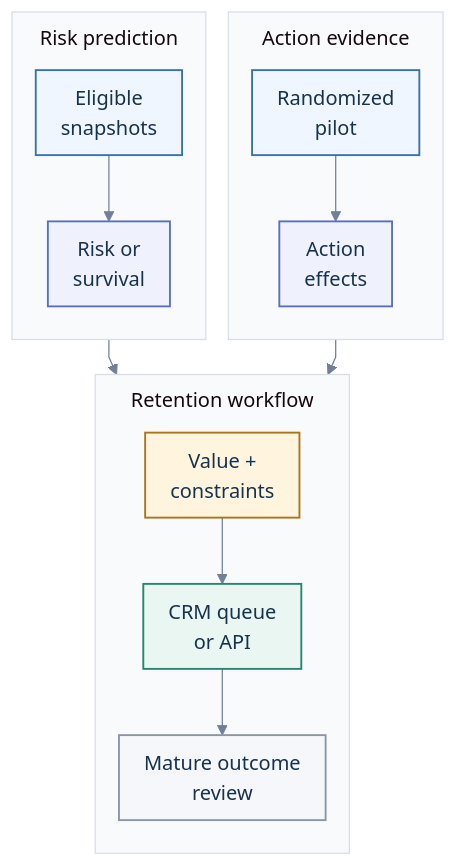
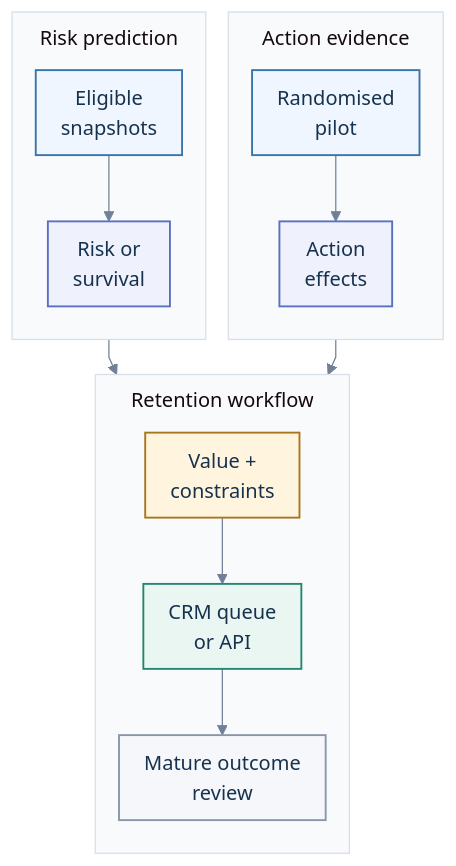
One commit to santoshshinde2012/ai-ml-ground-truth changed the fourth of 4 diagrams in 09-business-machine-learning/churn.md. Above: the diagram before and after it, drawn with Mermaid. The commit also changed other lines of this file and 6 other files, not shown here.

First line of the commit message:
Print every PDF diagram in its place and release edition 2026.10.1

````diff
--- a/09-business-machine-learning/churn.md
+++ b/09-business-machine-learning/churn.md
@@ -566,32 +566,32 @@
 ```mermaid
 %%{init: {"theme":"base","themeVariables":{"fontFamily":"Arial, sans-serif","fontSize":"16px","textColor":"#17324D","primaryColor":"#F5F7FA","primaryTextColor":"#17324D","primaryBorderColor":"#8796A8","lineColor":"#718096","secondaryColor":"#EFF6FF","tertiaryColor":"#E9F6F2","clusterBkg":"#F8FAFC","clusterBorder":"#D6DEE8","edgeLabelBackground":"#FFFFFF"},"flowchart":{"htmlLabels":true,"nodeSpacing":18,"rankSpacing":28,"curve":"linear","padding":10,"subGraphTitleMargin":{"top":8,"bottom":12}}}}%%
 flowchart TB
     accTitle: Churn evidence and retention workflow
-    accDescr: Historical snapshots predict risk, randomized pilots estimate action effects, and a constrained policy delivers actions for mature-outcome review.
+    accDescr: Historical snapshots predict risk, randomised pilots estimate action effects, and a constrained policy delivers actions for mature-outcome review.
     subgraph Risk["Risk prediction"]
         direction TB
         D["Eligible<br/>snapshots"] --> M["Risk or<br/>survival"]
     end
     subgraph Effects["Action evidence"]
         direction TB
-        T["Randomized<br/>pilot"] --> A["Action<br/>effects"]
+        T["Randomised<br/>pilot"] --> A["Action<br/>effects"]
     end
     subgraph Delivery["Retention workflow"]
         direction TB
         P["Value +<br/>constraints"] --> C["CRM queue<br/>or API"]
         C --> O["Mature outcome<br/>review"]
     end
     Risk --> Delivery
     Effects --> Delivery
 
     classDef data fill:#EFF6FF,stroke:#3973AC,color:#17324D,stroke-width:1.5px;
     classDef model fill:#EFF2FD,stroke:#596FC2,color:#17324D,stroke-width:1.5px;
     classDef decision fill:#FFF5DF,stroke:#A8751A,color:#17324D,stroke-width:1.5px;
     classDef execution fill:#E9F6F2,stroke:#23866E,color:#17324D,stroke-width:1.5px;
     classDef neutral fill:#F5F7FA,stroke:#8796A8,color:#17324D,stroke-width:1.5px;
     class D,T data;
     class M,A model;
     class P decision;
     class C execution;
     class O neutral;
 ```
````
